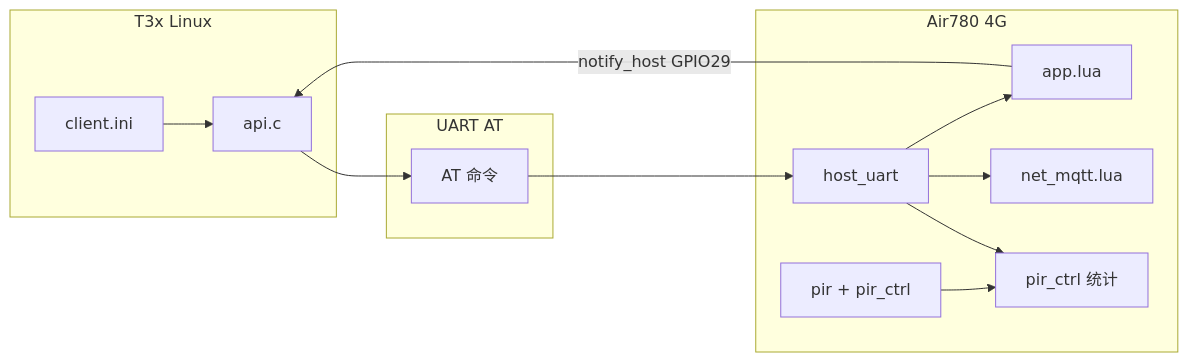
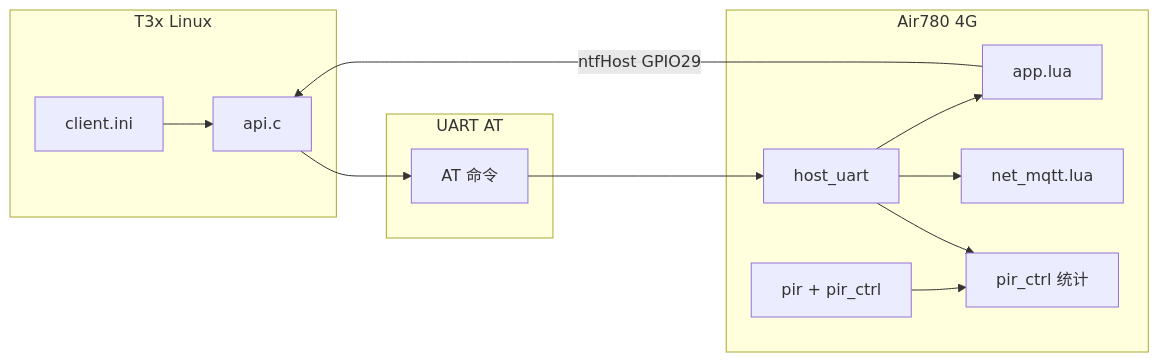
One commit to dzr1986/AIR780EHM changed the first of 2 diagrams in doc/T3X_4G_AT_INTERACTION.md. Above: the diagram before and after it, drawn with Mermaid. The commit also changed other lines of this file and 84 other files, not shown here.

````diff
--- a/doc/T3X_4G_AT_INTERACTION.md
+++ b/doc/T3X_4G_AT_INTERACTION.md
@@ -15,25 +15,25 @@
 ```mermaid
 flowchart LR
     subgraph T3xx["T3x Linux"]
         INI[client.ini]
         API[api.c]
     end
     subgraph UART["UART AT"]
         AT[AT 命令]
     end
     subgraph CAT1["Air780 4G"]
         HU[host_uart]
         APP[app.lua]
         NET[net_mqtt.lua]
         PIR[pir + pir_ctrl]
         RT[pir_ctrl 统计]
     end
     INI --> API
     API --> AT
     AT --> HU
     HU --> APP
     HU --> NET
     PIR --> RT
     HU --> RT
-    APP -->|notify_host GPIO29| API
+    APP -->|ntfHost GPIO29| API
 ```
````
